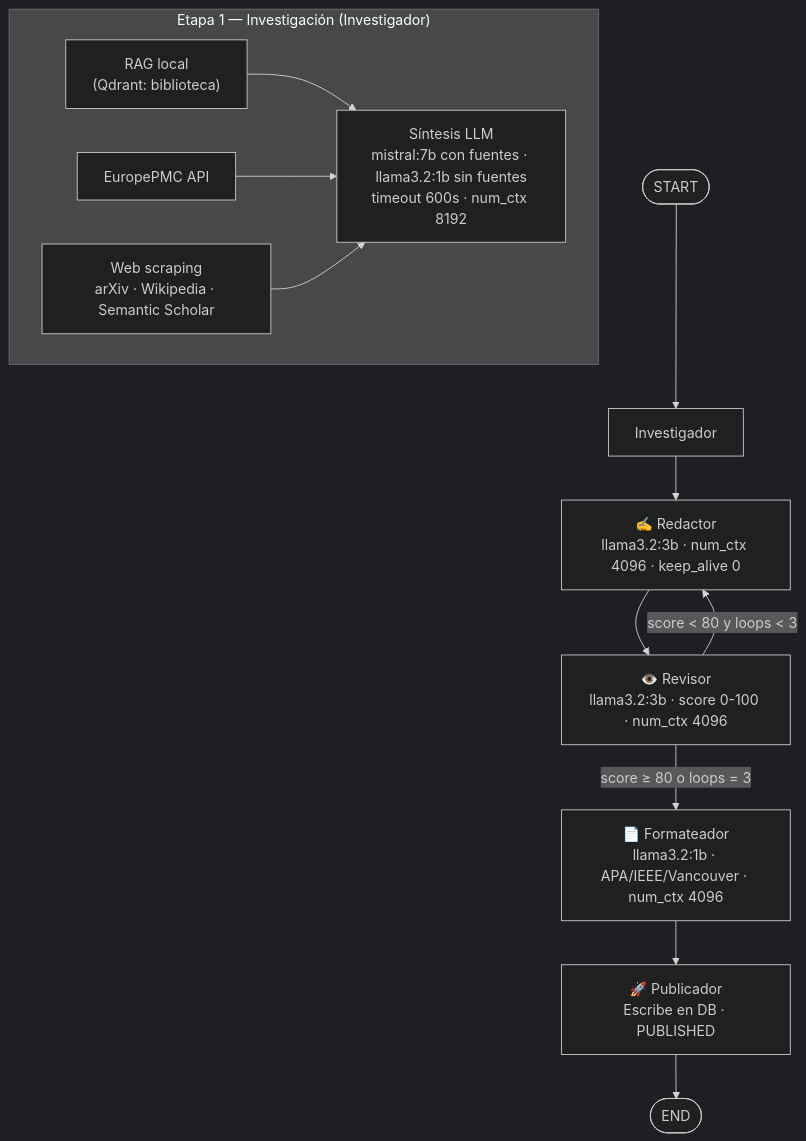
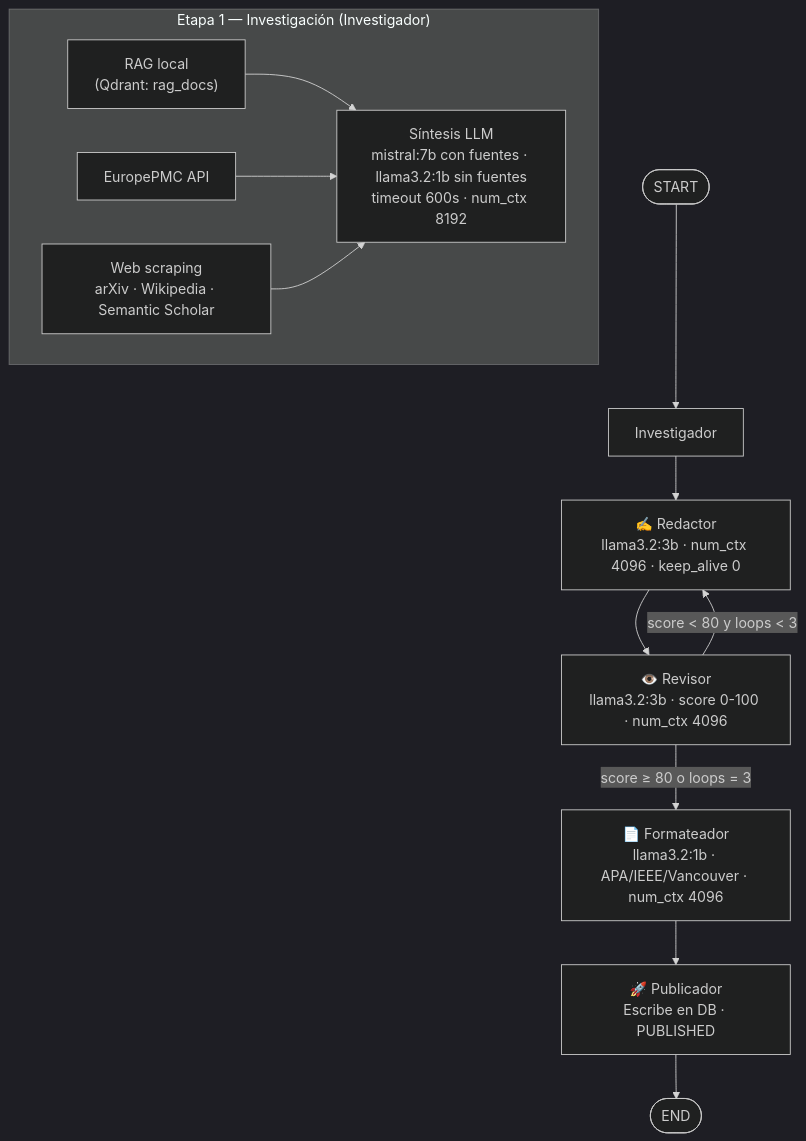
Before and after one commit to luxinopanyvino/swarm-platform-builder: the diagram in backend/README.md, drawn with Mermaid (dark theme). The commit also changed 7 other files, not shown here.

````diff
--- a/backend/README.md
+++ b/backend/README.md
@@ -83,22 +83,22 @@
 ```mermaid
 flowchart TD
     START([START]) --> Investigador
 
     subgraph INV["Etapa 1 — Investigación (Investigador)"]
-        RAG["RAG local\n(Qdrant: biblioteca)"]
+        RAG["RAG local\n(Qdrant: rag_docs)"]
         PMC["EuropePMC API"]
         WEB["Web scraping\narXiv · Wikipedia · Semantic Scholar"]
         SYNTH["Síntesis LLM\nmistral:7b con fuentes · llama3.2:1b sin fuentes\ntimeout 600s · num_ctx 8192"]
         RAG & PMC & WEB --> SYNTH
     end
 
     Investigador --> Redactor["✍️ Redactor\nllama3.2:3b · num_ctx 4096 · keep_alive 0"]
 
     Redactor --> Revisor["👁️ Revisor\nllama3.2:3b · score 0-100 · num_ctx 4096"]
 
     Revisor -->|"score < 80 y loops < 3"| Redactor
     Revisor -->|"score ≥ 80 o loops = 3"| Formateador["📄 Formateador\nllama3.2:1b · APA/IEEE/Vancouver · num_ctx 4096"]
 
     Formateador --> Publicador["🚀 Publicador\nEscribe en DB · PUBLISHED"]
     Publicador --> END([END])
 ```
````
